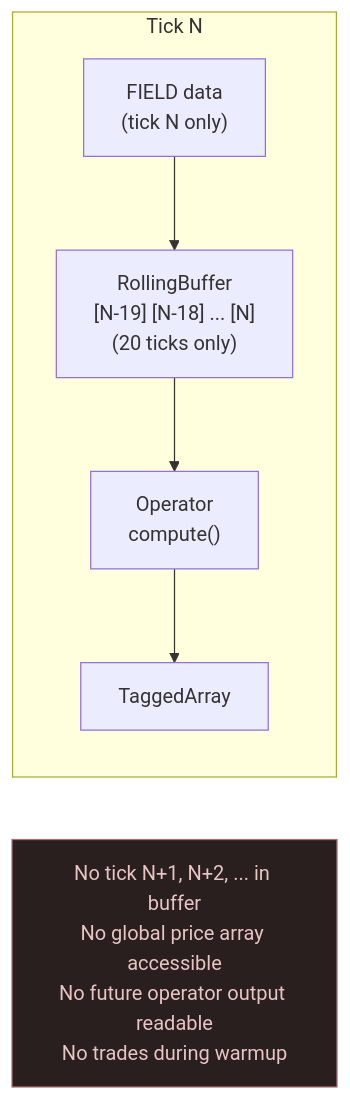
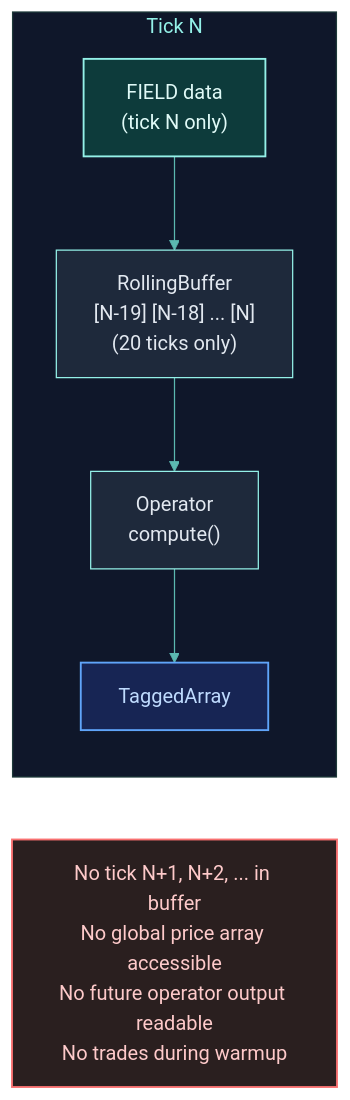
One commit to Clypt/docs changed the third of 3 diagrams in backtesting/lookahead-bias-prevention.mdx. Above: the diagram before and after it, drawn with Mermaid. The commit also changed other lines of this file and 73 other files, not shown here.

````diff
--- a/backtesting/lookahead-bias-prevention.mdx
+++ b/backtesting/lookahead-bias-prevention.mdx
@@ -142,10 +157,18 @@
 ```mermaid
+%%{init: {'theme': 'base', 'themeVariables': { 'primaryColor': '#1e293b', 'primaryTextColor': '#e2e8f0', 'primaryBorderColor': '#94F1E8', 'lineColor': '#5bb8b0', 'clusterBkg': '#0f172a', 'clusterBorder': '#1e3a3a', 'titleColor': '#94F1E8', 'edgeLabelBackground': 'transparent' }}}%%
 flowchart LR
+    classDef source fill:#0d3b3b,stroke:#94F1E8,stroke-width:1.5px,color:#e0faf7
+    classDef action fill:#172554,stroke:#60a5fa,stroke-width:1.5px,color:#bfdbfe
+    classDef warn fill:#2a1f1f,stroke:#f87171,stroke-width:1.5px,color:#fecaca
+
     subgraph TN["Tick N"]
         FD["FIELD data<br>(tick N only)"] --> RB["RollingBuffer<br>[N-19] [N-18] ... [N]<br>(20 ticks only)"]
         RB --> OP["Operator<br>compute()"]
         OP --> TA["TaggedArray"]
     end
     NF["No tick N+1, N+2, ... in buffer<br>No global price array accessible<br>No future operator output readable<br>No trades during warmup"]
-    style NF fill:#2a1f1f,stroke:#a87171,color:#e8c4c4
+
+    class FD source
+    class TA action
+    class NF warn
 ```
````
